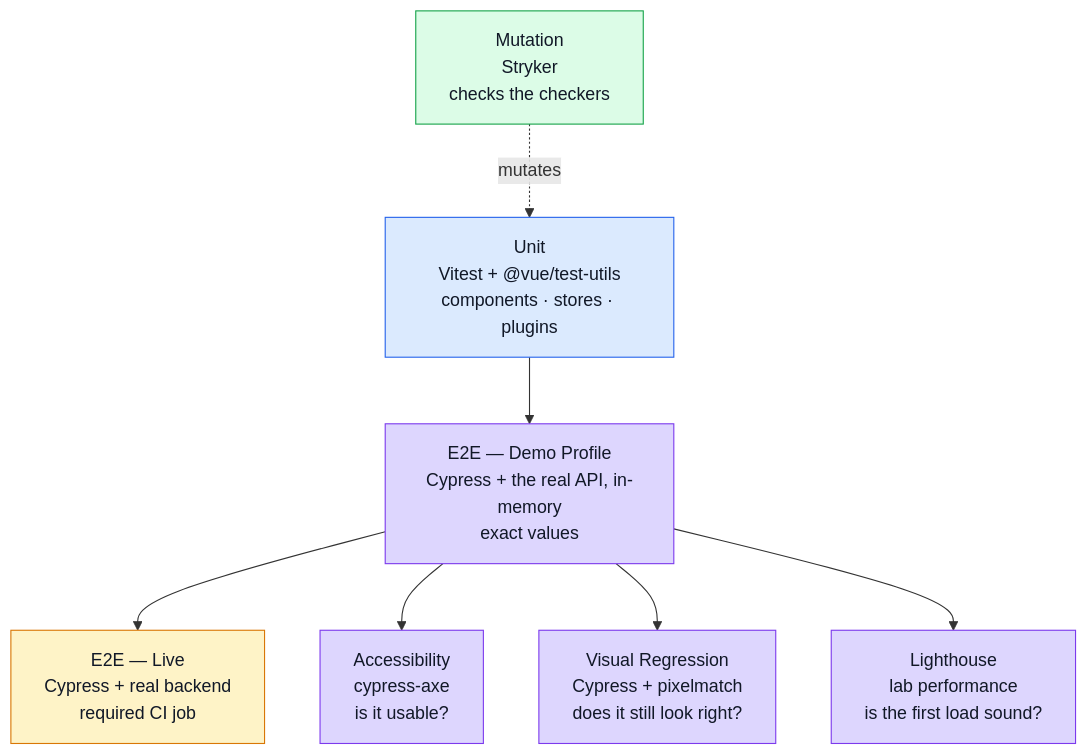
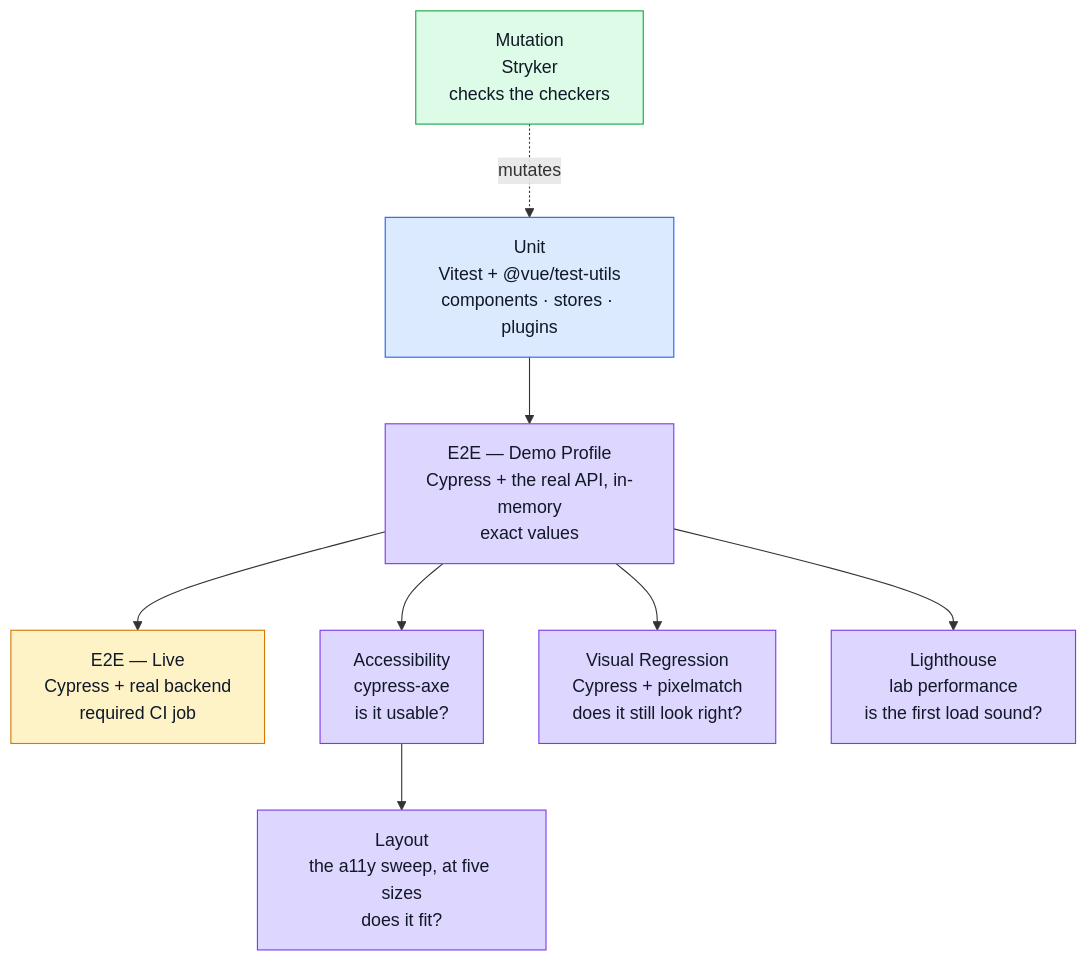
Before and after one commit to Guebbit/boilerplate-vue-frontend: the first of 5 diagrams in docs/tools/testing-and-docs.md, drawn with Mermaid. The commit also changed other lines of this file and 9 other files, not shown here.

First line of the commit message:
docs(layout): explain the layout sweep, the viewport bands and the invariants

````diff
--- a/docs/tools/testing-and-docs.md
+++ b/docs/tools/testing-and-docs.md
@@ -7,28 +7,30 @@
 ```mermaid
 %%{init: {'flowchart': {'nodeSpacing': 50, 'rankSpacing': 60}}}%%
 flowchart TB
     Unit["Unit\nVitest + @vue/test-utils\ncomponents · stores · plugins"]
     Demo["E2E — Demo Profile\nCypress + the real API, in-memory\nexact values"]
     Live["E2E — Live\nCypress + real backend\nrequired CI job"]
     A11y["Accessibility\ncypress-axe\nis it usable?"]
+    Layout["Layout\nthe a11y sweep, at five sizes\ndoes it fit?"]
     Visual["Visual Regression\nCypress + pixelmatch\ndoes it still look right?"]
     Lighthouse["Lighthouse\nlab performance\nis the first load sound?"]
     Mutation["Mutation\nStryker\nchecks the checkers"]
 
     Unit --> Demo
     Demo --> Live
     Demo --> A11y
+    A11y --> Layout
     Demo --> Visual
     Demo --> Lighthouse
     Mutation -.mutates.-> Unit
 
     classDef fast fill:#dbeafe,stroke:#2563eb,color:#111827;
     classDef e2e fill:#ddd6fe,stroke:#7c3aed,color:#111827;
     classDef live fill:#fef3c7,stroke:#d97706,color:#111827;
     classDef meta fill:#dcfce7,stroke:#16a34a,color:#111827;
     class Unit fast;
     class Demo e2e;
-    class A11y,Visual,Lighthouse e2e;
+    class A11y,Layout,Visual,Lighthouse e2e;
     class Live live;
     class Mutation meta;
 ```
````
